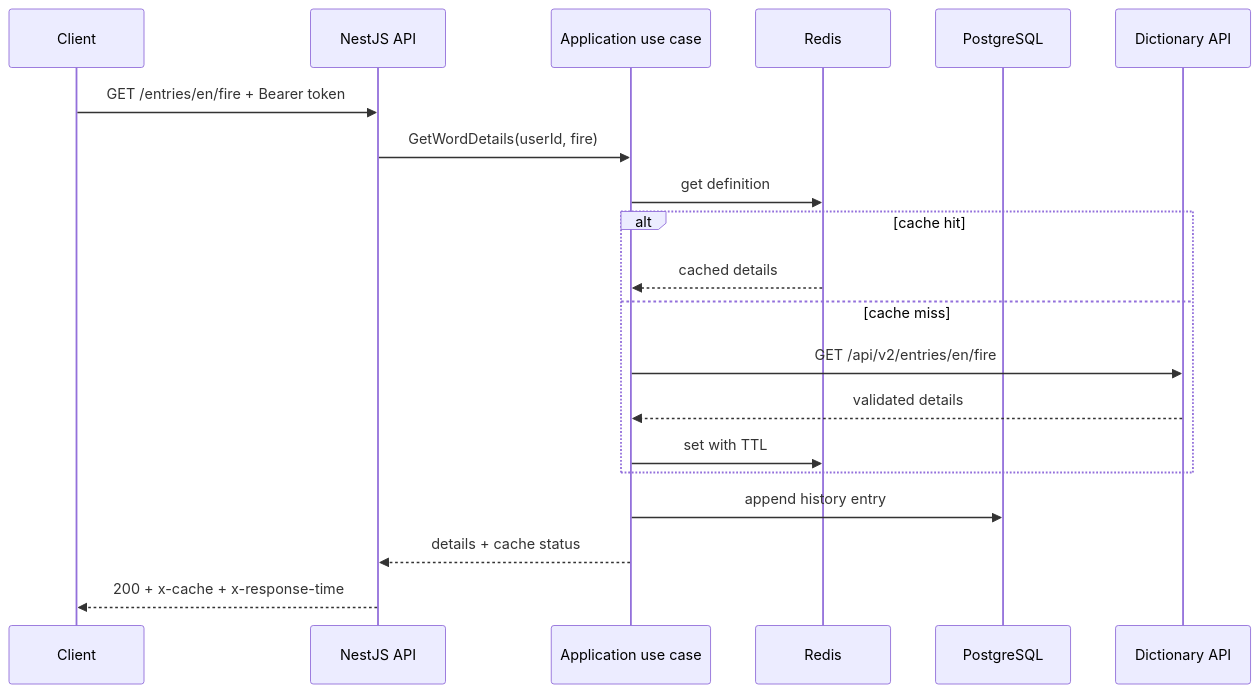
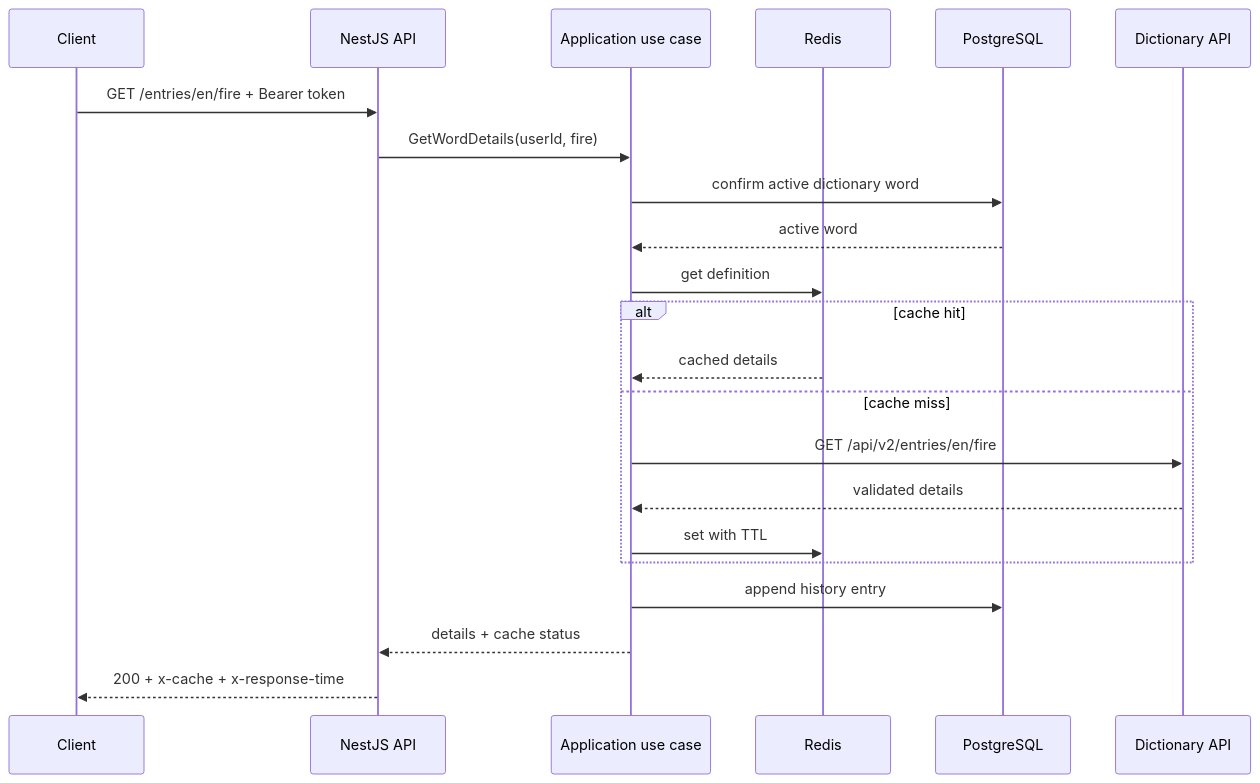
The second of 4 diagrams in docs/architecture.md (C4BRALL/english-dictionary-api), drawn with Mermaid before and after one commit. The commit also changed other lines of this file and 2 other files, not shown here.

````diff
--- a/docs/architecture.md
+++ b/docs/architecture.md
@@ -41,23 +41,25 @@
 ```mermaid
 sequenceDiagram
   participant Client
   participant API as NestJS API
   participant UseCase as Application use case
   participant Cache as Redis
   participant DB as PostgreSQL
   participant External as Dictionary API
 
   Client->>API: GET /entries/en/fire + Bearer token
   API->>UseCase: GetWordDetails(userId, fire)
+  UseCase->>DB: confirm active dictionary word
+  DB-->>UseCase: active word
   UseCase->>Cache: get definition
   alt cache hit
     Cache-->>UseCase: cached details
   else cache miss
     UseCase->>External: GET /api/v2/entries/en/fire
     External-->>UseCase: validated details
     UseCase->>Cache: set with TTL
   end
   UseCase->>DB: append history entry
   UseCase-->>API: details + cache status
   API-->>Client: 200 + x-cache + x-response-time
 ```
````
